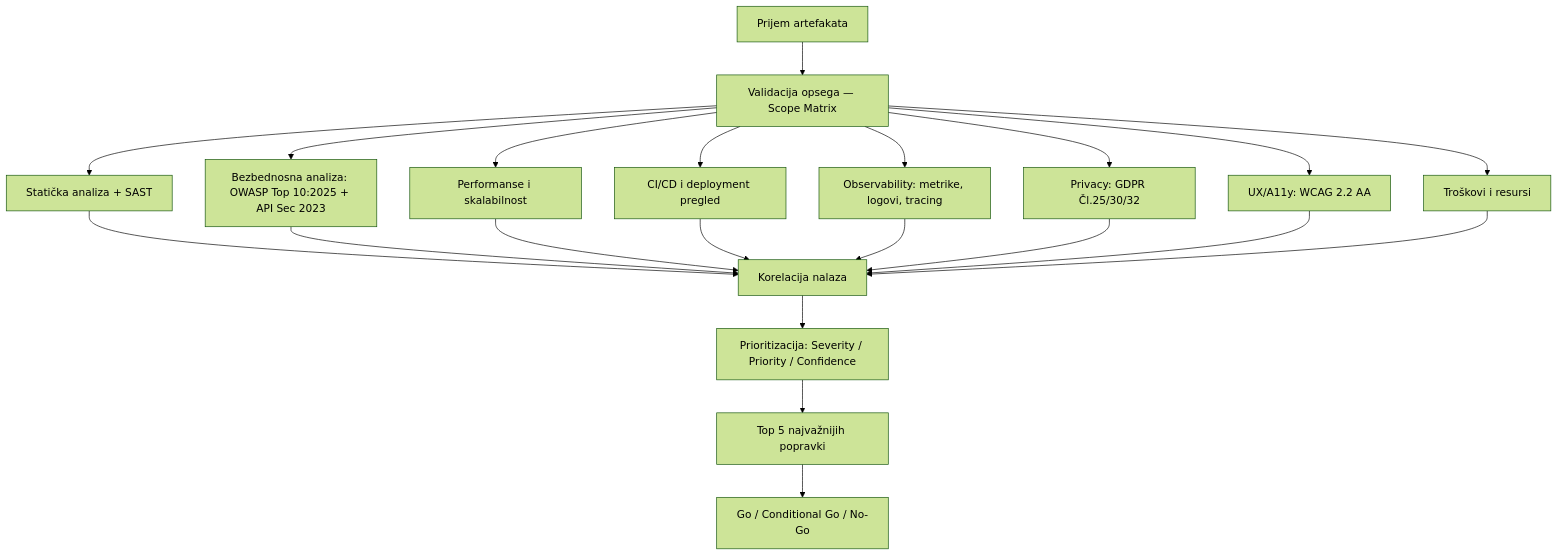
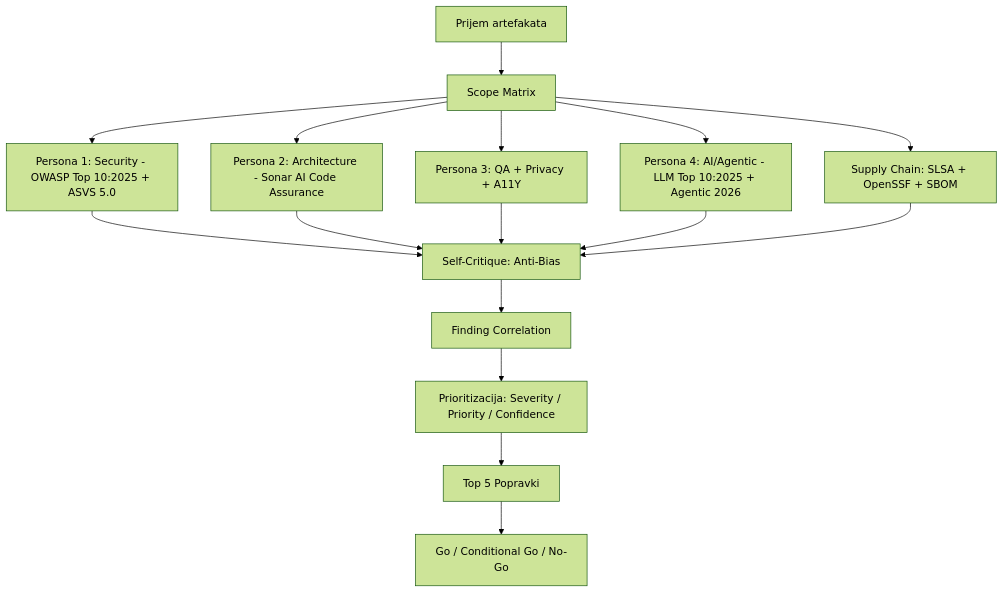
One commit to zoxknez/post-vibe-audit changed the diagram in prompts/pro_audit_prompt.md. Above: the diagram before and after it, drawn with Mermaid (forest theme). The commit also changed other lines of this file and 42 other files, not shown here.

````diff
--- a/prompts/pro_audit_prompt.md
+++ b/prompts/pro_audit_prompt.md
@@ -360,23 +353,14 @@
 ```mermaid
 flowchart TD
-    A[Prijem artefakata] --> B[Validacija opsega — Scope Matrix]
-    B --> C[Statička analiza + SAST]
-    B --> D[Bezbednosna analiza: OWASP Top 10:2025 + API Sec 2023]
-    B --> E[Performanse i skalabilnost]
-    B --> F[CI/CD i deployment pregled]
-    B --> G[Observability: metrike, logovi, tracing]
-    B --> H[Privacy: GDPR Čl.25/30/32]
-    B --> I[UX/A11y: WCAG 2.2 AA]
-    B --> J[Troškovi i resursi]
-    C --> K[Korelacija nalaza]
-    D --> K
-    E --> K
-    F --> K
-    G --> K
-    H --> K
-    I --> K
-    J --> K
-    K --> L[Prioritizacija: Severity / Priority / Confidence]
-    L --> M[Top 5 najvažnijih popravki]
-    M --> N[Go / Conditional Go / No-Go]
+    A[Prijem artefakata] --> B[Scope Matrix]
+    B --> C[Persona 1: Security - OWASP Top 10:2025 + ASVS 5.0]
+    B --> D[Persona 2: Architecture - Sonar AI Code Assurance]
+    B --> E[Persona 3: QA + Privacy + A11Y]
+    B --> F[Persona 4: AI/Agentic - LLM Top 10:2025 + Agentic 2026]
+    B --> G[Supply Chain: SLSA + OpenSSF + SBOM]
+    C & D & E & F & G --> H[Self-Critique: Anti-Bias]
+    H --> I[Finding Correlation]
+    I --> J[Prioritizacija: Severity / Priority / Confidence]
+    J --> K[Top 5 Popravki]
+    K --> L[Go / Conditional Go / No-Go]
 ```
````
